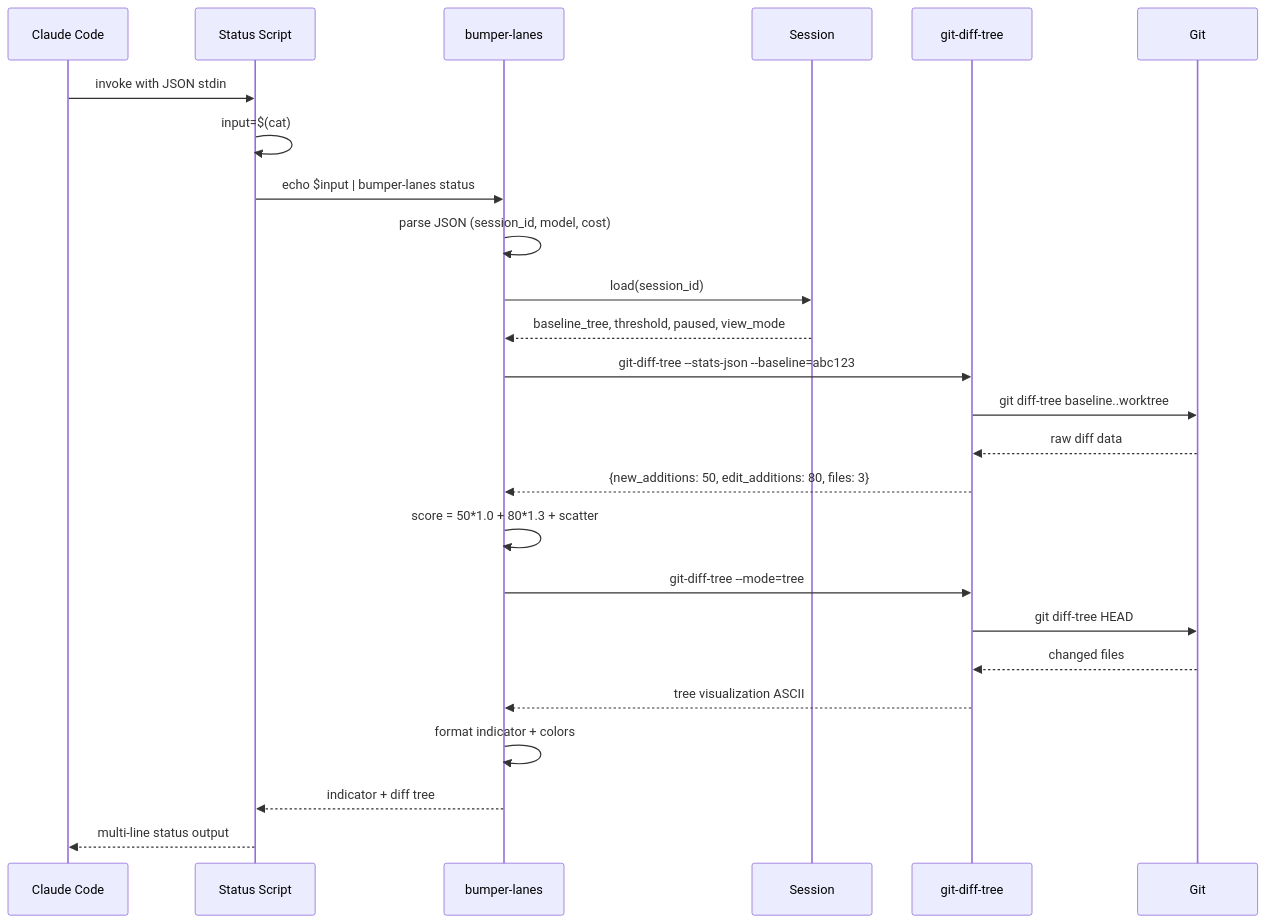
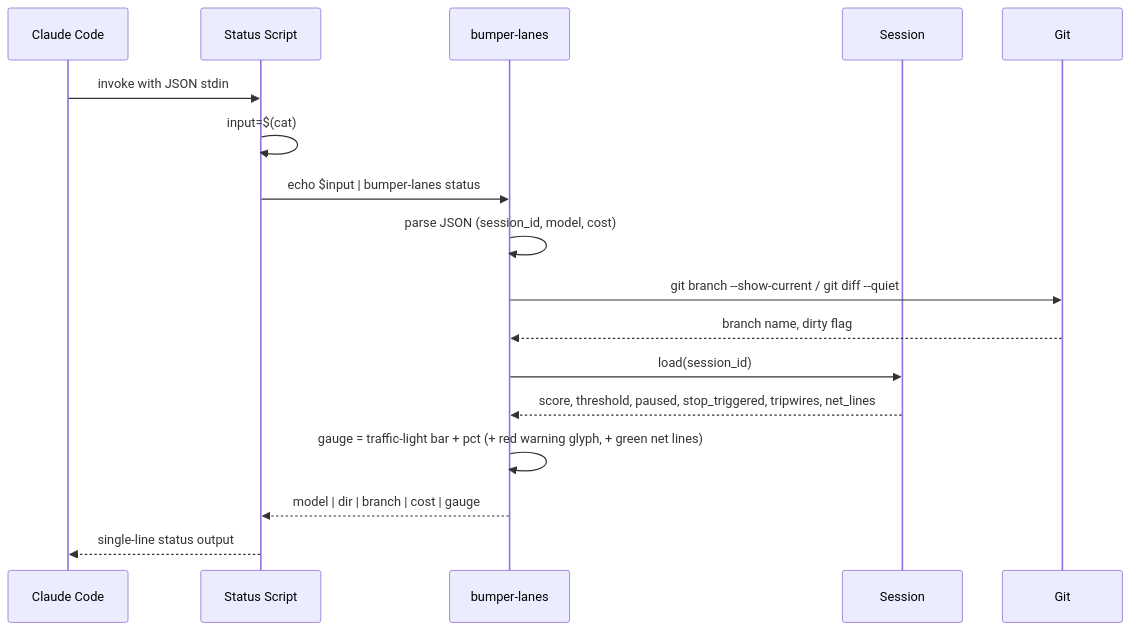
One commit to kylesnowschwartz/claude-bumper-lanes changed the diagram in docs/statusline-render-sequence.mmd. Above: the diagram before and after it, drawn with Mermaid. The commit also changed 35 other files, not shown here.

First line of the commit message:
feat!: statusline diet - one-line indicator, on-demand /bumper-diff, drop view-command family

```diff
--- a/docs/statusline-render-sequence.mmd
+++ b/docs/statusline-render-sequence.mmd
@@ -1,78 +1,53 @@
 %% Status Line Render Flow: How the widget gets data and displays
 %% Render: cat statusline-render-sequence.mmd | mermaid-ascii -f -
-%% Focus: Data flow from Claude Code through bumper-lanes to diff-viz
+%% Focus: Cached-state read path - no git diff work per refresh
 
 sequenceDiagram
     participant CC as Claude Code
     participant Script as Status Script
     participant BL as bumper-lanes
     participant Sess as Session
-    participant DV as git-diff-tree
     participant Git
 
     %% Claude Code triggers status line refresh
     CC->>Script: invoke with JSON stdin
     Script->>Script: input=$(cat)
 
     %% Script calls bumper-lanes status
     Script->>BL: echo $input | bumper-lanes status
 
     %% bumper-lanes parses input
     BL->>BL: parse JSON (session_id, model, cost)
 
-    %% Load session state
+    %% Cheap git reads for branch display only
+    BL->>Git: git branch --show-current / git diff --quiet
+    Git-->>BL: branch name, dirty flag
+
+    %% Load cached session state (score computed at hook time)
     BL->>Sess: load(session_id)
-    Sess-->>BL: baseline_tree, threshold, paused, view_mode
+    Sess-->>BL: score, threshold, paused, stop_triggered, tripwires, net_lines
 
-    %% Call diff-viz for score calculation
-    BL->>DV: git-diff-tree --stats-json --baseline=abc123
-    DV->>Git: git diff-tree baseline..worktree
-    Git-->>DV: raw diff data
-    DV-->>BL: {new_additions: 50, edit_additions: 80, files: 3}
-
-    %% Apply scoring policy (bumper-lanes logic)
-    BL->>BL: score = 50*1.0 + 80*1.3 + scatter
-
-    %% Call diff-viz for visualization
-    BL->>DV: git-diff-tree --mode=tree
-    DV->>Git: git diff-tree HEAD
-    Git-->>DV: changed files
-    DV-->>BL: tree visualization ASCII
-
-    %% Format output with colors
-    BL->>BL: format indicator + colors
-    BL-->>Script: indicator + diff tree
+    %% Format the one-line indicator
+    BL->>BL: gauge = traffic-light bar + pct (+ red warning glyph, + green net lines)
+    BL-->>Script: model | dir | branch | cost | gauge
 
     %% Script outputs to Claude Code
-    Script-->>CC: multi-line status output
+    Script-->>CC: single-line status output
 
 %% ============================================================
 %% VALIDATION REFERENCES
 %% ============================================================
-%% - Status input parsing: internal/statusline/statusline.go:308-314
-%% - Session load: internal/statusline/statusline.go:106
-%% - Score calculation: internal/statusline/statusline.go:221-247
-%% - Diff tree call: internal/statusline/statusline.go:251-282
-%% - Binary lookup: internal/statusline/statusline.go:287-305
-%% - Output formatting: internal/statusline/statusline.go:326-382
-%%
-%% EXTERNAL DEPENDENCY: diff-viz
-%% - Repo: github.com/kylesnowschwartz/diff-viz
-%% - Binary: git-diff-tree
-%% - Install: go install .../diff-viz/cmd/git-diff-tree@latest
-%% - Lookup: plugin/bin/ first, then PATH
-%%
-%% TWO CALLS TO diff-viz PER RENDER
-%% 1. --stats-json: raw numbers for score (policy in bumper-lanes)
-%% 2. --mode=X: visualization (presentation from diff-viz)
+%% - Status input parsing: internal/statusline/statusline.go (ParseInput)
+%% - Session load: internal/statusline/statusline.go (Render)
+%% - Indicator formatting: internal/statusline/statusline.go (formatBumperStatus)
 %%
 %% WIDGET MODES (--widget flag)
-%% - all: full status line + diff tree (default)
-%% - indicator: just "active (125/400 - 31%)"
-%% - diff-tree: just the ASCII visualization
+%% - all: full status line (default)
+%% - indicator: just the gauge, e.g. "▂ 31%"
+%% - diff-tree: accepted from pre-v4 wrappers, outputs nothing
 %%
 %% NOTES
-%% 1. Two subprocess calls to diff-viz per render (acceptable latency)
-%% 2. Binary lookup fallback chain (plugin/bin → PATH)
-%% 3. Non-breaking space for Claude Code empty-line handling
-%% 4. Score calculated fresh each render (ensures accuracy after manual changes)
+%% 1. No baseline diff per refresh: score and net_lines are cached in
+%%    session state by the Write/Edit and Stop hooks (a working-tree
+%%    capture costs ~60-110ms and is too slow for the statusline path)
+%% 2. Rich diff visualization is on-demand via /bumper-diff
```
